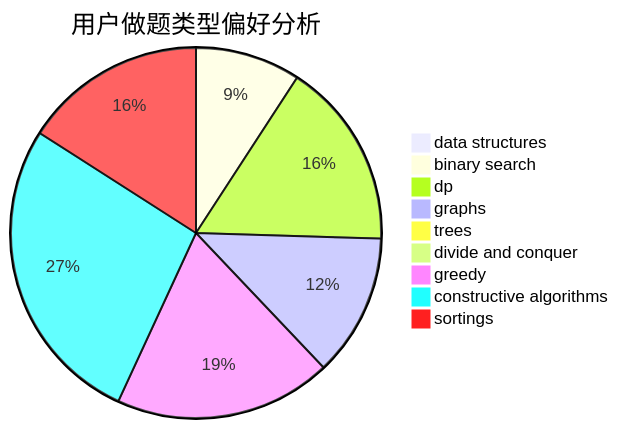
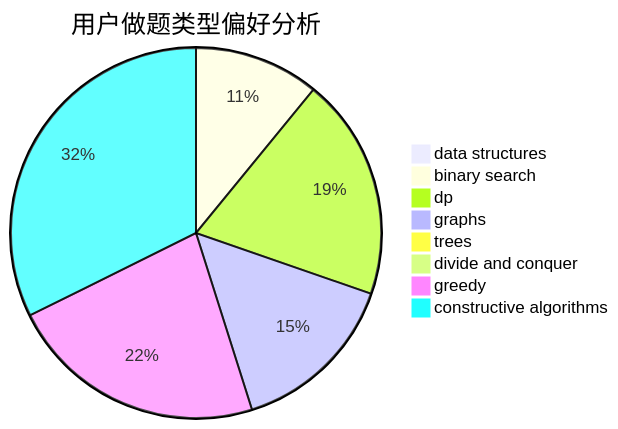
The second of 3 diagrams in docs/user/u561.md (sherpahu/cfrs.github.io), drawn with Mermaid before and after one commit. The commit also changed other lines of this file and 2769 other files, not shown here.

````diff
--- a/docs/user/u561.md
+++ b/docs/user/u561.md
@@ -18,12 +18,11 @@
 ```mermaid
 pie title 用户做题类型偏好分析
     "data structures" :  7
     "binary search" :  76
     "dp" :  135
     "graphs" :  103
     "trees" :  2
     "divide and conquer" :  0
     "greedy" :  157
     "constructive algorithms" :  225
-    "sortings" :  132
 ```
````
